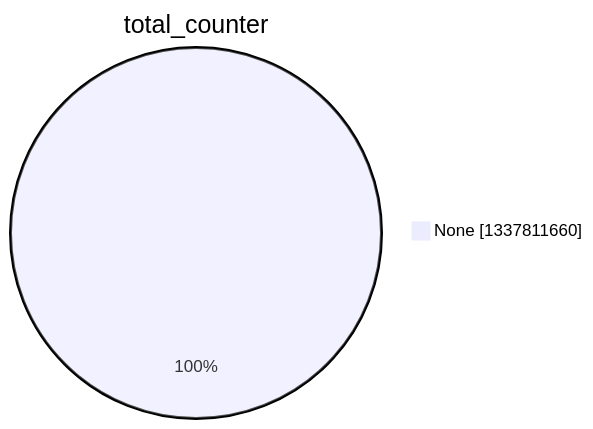
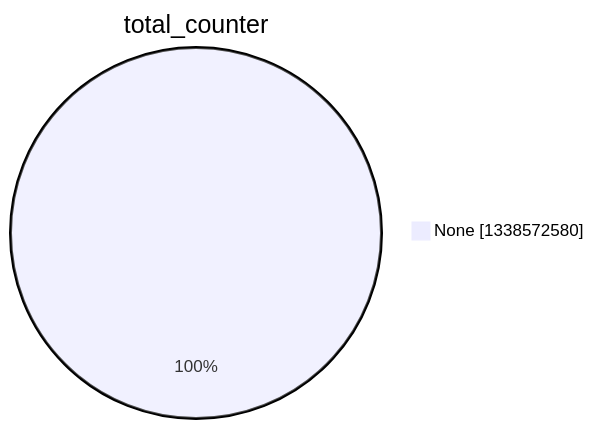
One commit to christiankrug/ctmonitor_visualization changed the second of 15 diagrams in argon2022/README.md. Above: the diagram before and after it, drawn with Mermaid. The commit also changed other lines of this file, not shown here.

````diff
--- a/argon2022/README.md
+++ b/argon2022/README.md
@@ -9,5 +9,5 @@
 ```mermaid
 pie showData
 title total_counter
-"None" :1337811660
+"None" :1338572580
 ```
````
